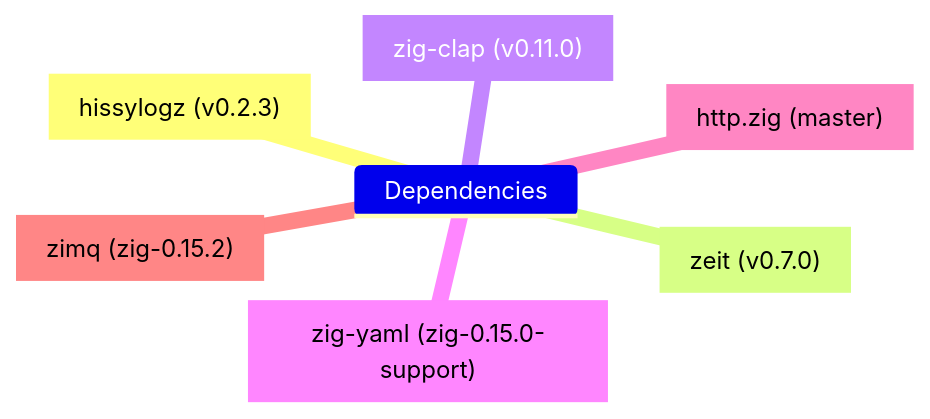
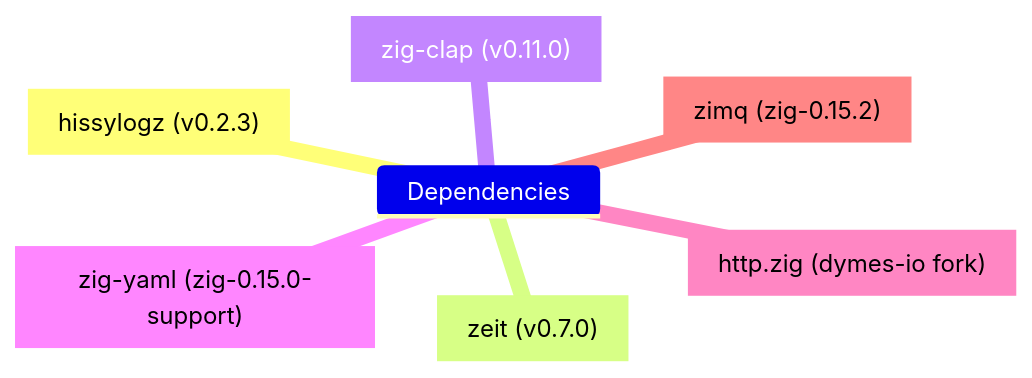
Before and after one commit to dymes-io/dymes: the diagram in DEPENDENCIES.md, drawn with Mermaid. The commit also changed other lines of this file and 1 other file, not shown here.

First line of the commit message:
fix: A long fetch no longer holds up requests queued behind it in the HTTP thread pool (#19)

````diff
--- a/DEPENDENCIES.md
+++ b/DEPENDENCIES.md
@@ -12,10 +12,10 @@
 ```mermaid
 mindmap
 Dependencies
     hissylogz["hissylogz (v0.2.3)"]
     zeit["zeit (v0.7.0)"]
     zig-clap["zig-clap (v0.11.0)"]
     zig-yaml["zig-yaml (zig-0.15.0-support)"]
-    httpzig["http.zig (master)"]
+    httpzig["http.zig (dymes-io fork)"]
     zimq["zimq (zig-0.15.2)"]
 ```
````
